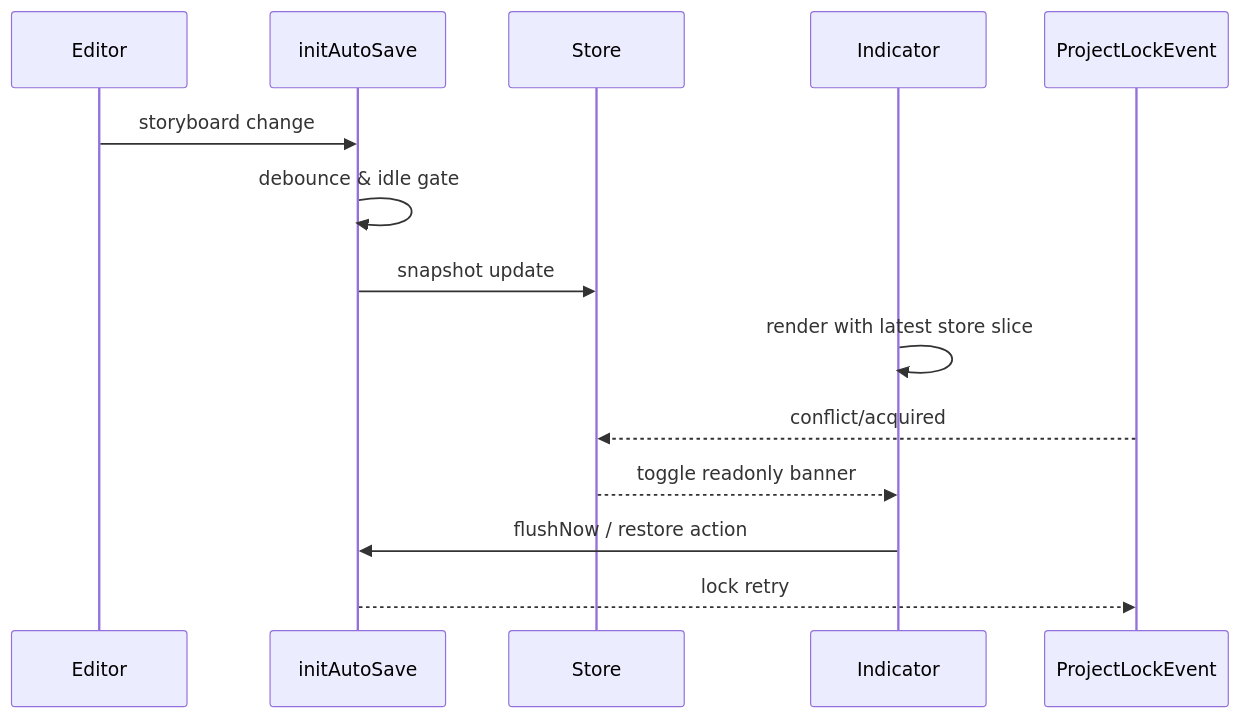
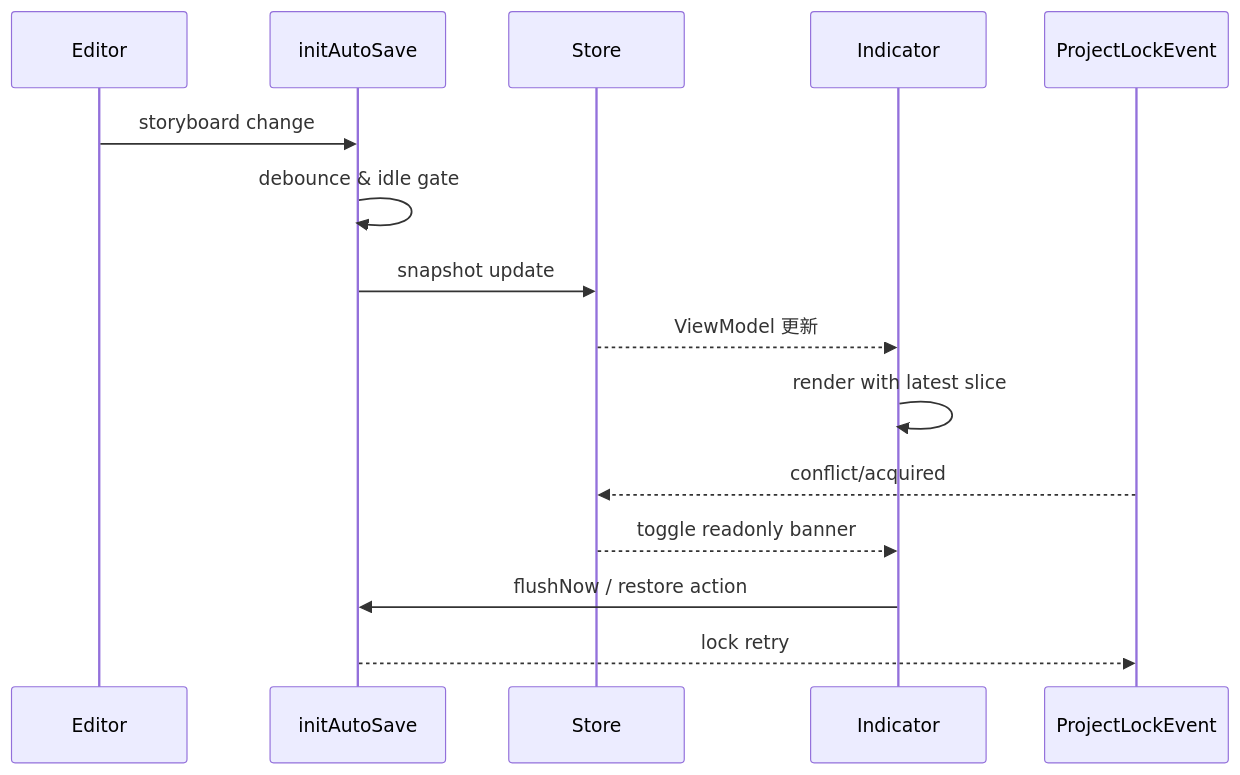
One commit to RNA4219/Conimgponic changed diagram 11 of 13 in docs/AUTOSAVE-DESIGN-IMPL.md. Above: the diagram before and after it, drawn with Mermaid. The commit also changed other lines of this file and 1 other file, not shown here.

Commit message:
docs: consolidate autosave indicator design

````diff
--- a/docs/AUTOSAVE-DESIGN-IMPL.md
+++ b/docs/AUTOSAVE-DESIGN-IMPL.md
@@ -588,17 +550,18 @@
 ```mermaid
 sequenceDiagram
   participant Editor
   participant Scheduler as initAutoSave
   participant Store
   participant Indicator
   participant Locks as ProjectLockEvent
 
   Editor->>Scheduler: storyboard change
   Scheduler->>Scheduler: debounce & idle gate
   Scheduler->>Store: snapshot update
-  Indicator->>Indicator: render with latest store slice
+  Store-->>Indicator: ViewModel 更新
+  Indicator->>Indicator: render with latest slice
   Locks-->>Store: conflict/acquired
   Store-->>Indicator: toggle readonly banner
   Indicator->>Scheduler: flushNow / restore action
   Scheduler-->>Locks: lock retry
 ```
````
